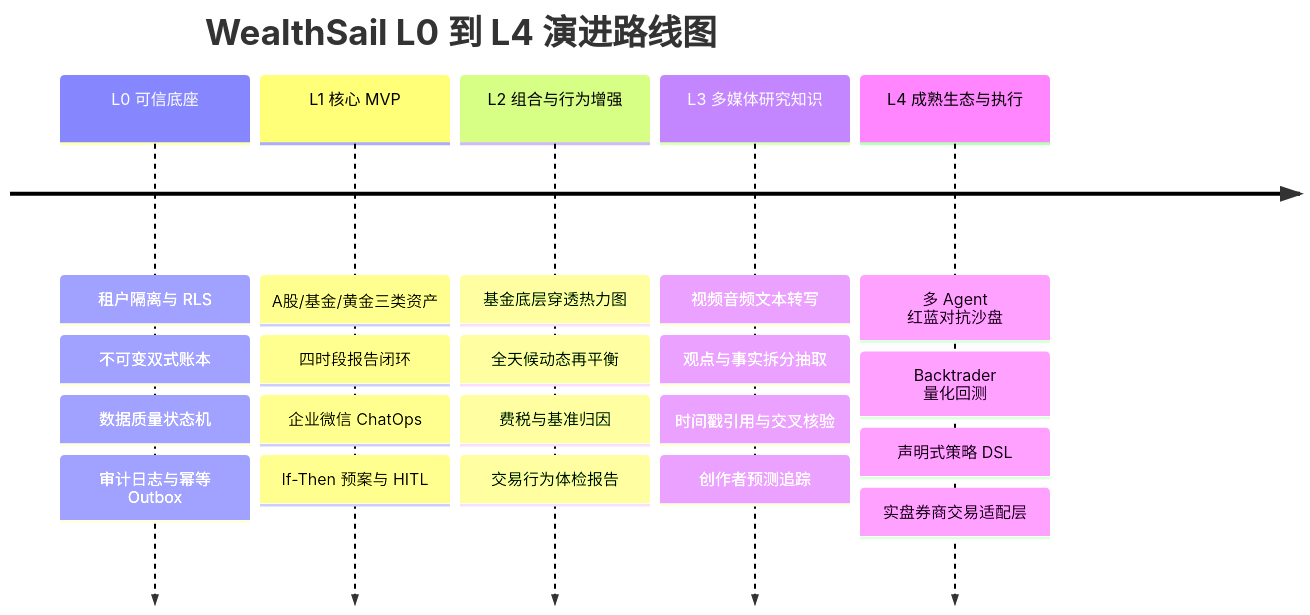
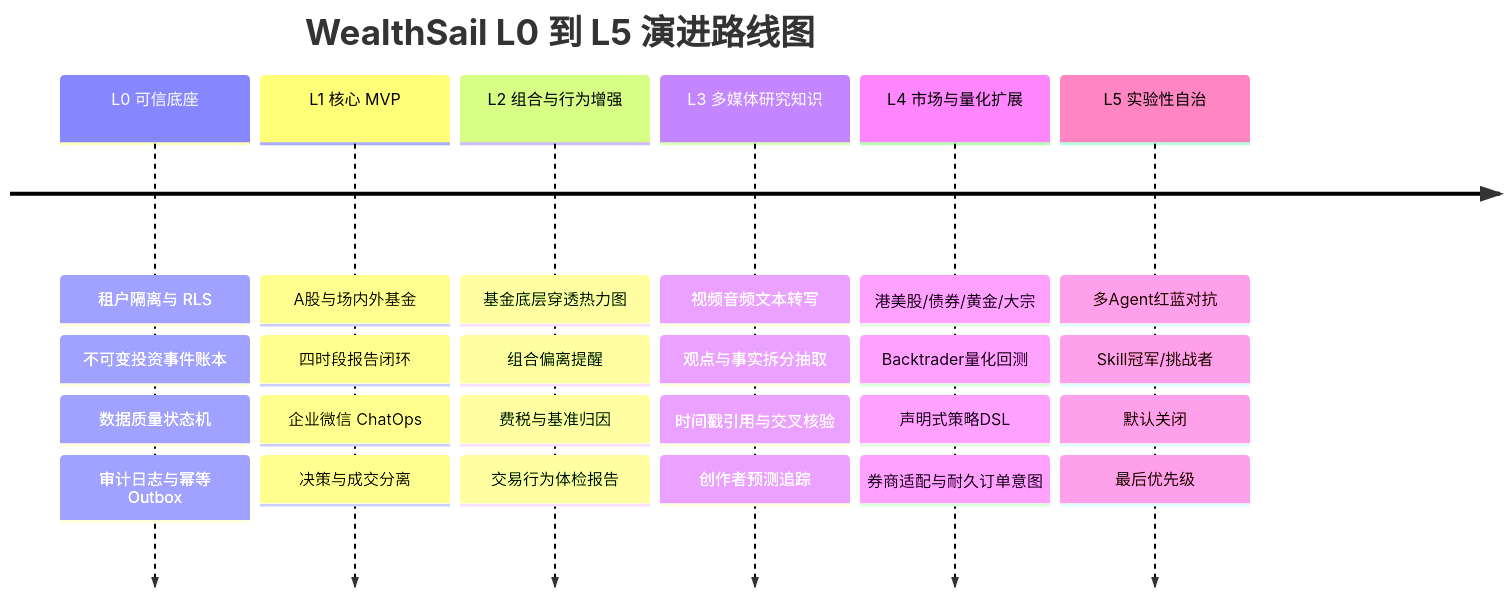
The third of 3 diagrams in docs/02.WealthSail投研平台全栈技术选型与架构评估.md (sinojelly/wealthsail), drawn with Mermaid before and after one commit. The commit also changed other lines of this file and 30 other files, not shown here.

First line of the commit message:
docs: align restored WealthSail detail with phased architecture

````diff
--- a/docs/02.WealthSail投研平台全栈技术选型与架构评估.md
+++ b/docs/02.WealthSail投研平台全栈技术选型与架构评估.md
@@ -256,9 +267,10 @@
 ```mermaid
 timeline
-    title WealthSail L0 到 L4 演进路线图
-    L0 可信底座 : 租户隔离与 RLS : 不可变双式账本 : 数据质量状态机 : 审计日志与幂等 Outbox
-    L1 核心 MVP : A股/基金/黄金三类资产 : 四时段报告闭环 : 企业微信 ChatOps : If-Then 预案与 HITL
-    L2 组合与行为增强 : 基金底层穿透热力图 : 全天候动态再平衡 : 费税与基准归因 : 交易行为体检报告
+    title WealthSail L0 到 L5 演进路线图
+    L0 可信底座 : 租户隔离与 RLS : 不可变投资事件账本 : 数据质量状态机 : 审计日志与幂等 Outbox
+    L1 核心 MVP : A股与场内外基金 : 四时段报告闭环 : 企业微信 ChatOps : 决策与成交分离
+    L2 组合与行为增强 : 基金底层穿透热力图 : 组合偏离提醒 : 费税与基准归因 : 交易行为体检报告
     L3 多媒体研究知识 : 视频音频文本转写 : 观点与事实拆分抽取 : 时间戳引用与交叉核验 : 创作者预测追踪
-    L4 成熟生态与执行 : 多 Agent 红蓝对抗沙盘 : Backtrader 量化回测 : 声明式策略 DSL : 实盘券商交易适配层
+    L4 市场与量化扩展 : 港美股/债券/黄金/大宗 : Backtrader量化回测 : 声明式策略DSL : 券商适配与耐久订单意图
+    L5 实验性自治 : 多Agent红蓝对抗 : Skill冠军/挑战者 : 默认关闭 : 最后优先级
 ```
````
